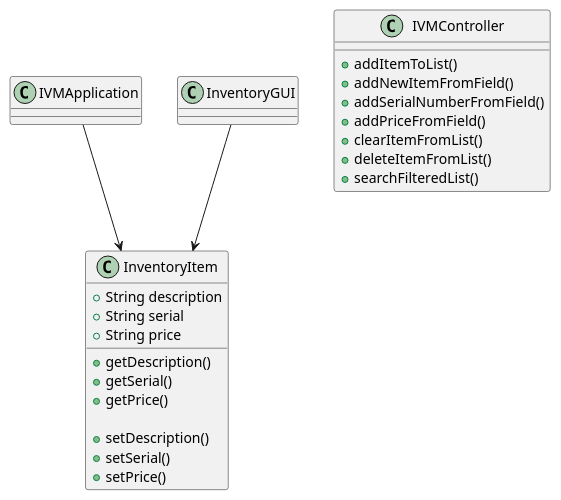
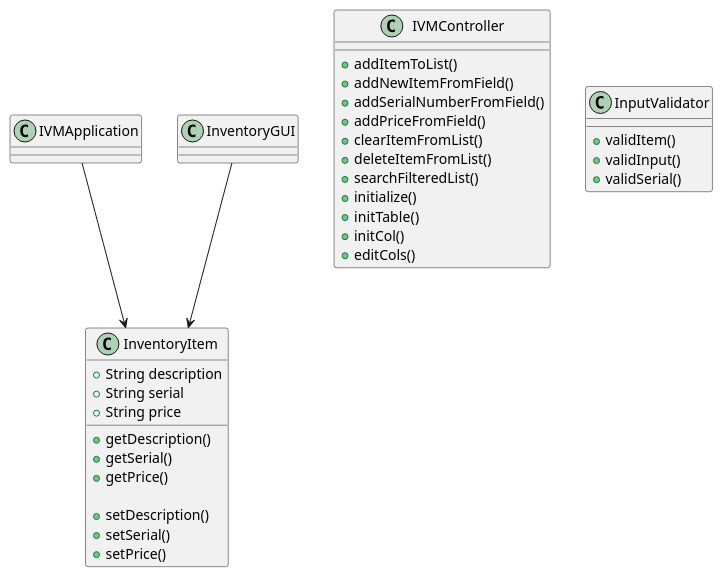
One commit to ismaelitox/fernandez-app2 changed the diagram in docs/IMS.puml. Above: the diagram before and after it, drawn with PlantUML. The commit also changed 6 other files, not shown here.

```diff
--- a/docs/IMS.puml
+++ b/docs/IMS.puml
@@ -1,36 +1,47 @@
 @startuml
 Class IVMApplication{
 }
 
 Class InventoryItem{
 + String description
 + String serial
 + String price
 
 + getDescription()
 + getSerial()
 + getPrice()
 
 + setDescription()
 + setSerial()
 + setPrice()
 }
 
 Class InventoryGUI{
+
 }
 
 Class IVMController{
  + addItemToList()
  + addNewItemFromField()
  + addSerialNumberFromField()
  + addPriceFromField()
  + clearItemFromList()
  + deleteItemFromList()
  + searchFilteredList()
+ +initialize()
+ +initTable()
+ +initCol()
+ +editCols()
 
+}
+
+Class InputValidator{
+  + validItem()
+  + validInput()
+  + validSerial()
 }
 
 IVMApplication --> InventoryItem
 
 InventoryGUI --> InventoryItem
 @enduml
```
